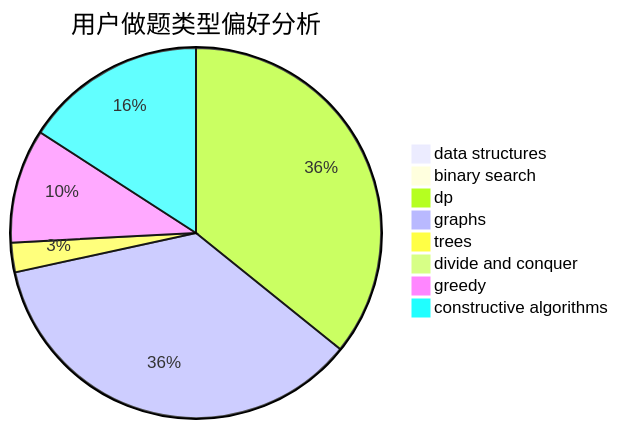
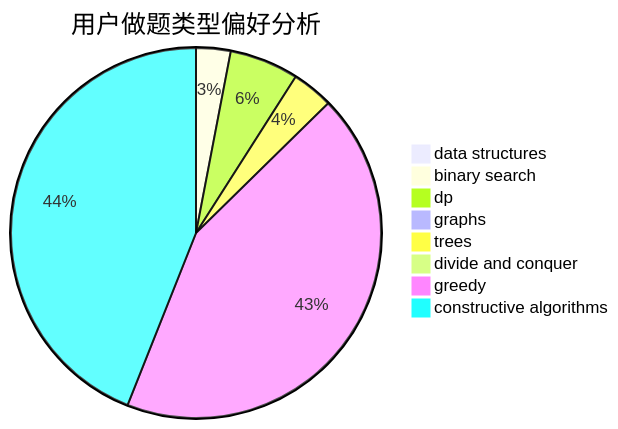
One commit to sherpahu/cfrs.github.io changed the second of 3 diagrams in docs/user/u1856.md. Above: the diagram before and after it, drawn with Mermaid. The commit also changed other lines of this file and 2770 other files, not shown here.

````diff
--- a/docs/user/u1856.md
+++ b/docs/user/u1856.md
@@ -23,11 +23,11 @@
 ```mermaid
 pie title 用户做题类型偏好分析
     "data structures" :  0
-    "binary search" :  0
-    "dp" :  97
-    "graphs" :  97
-    "trees" :  7
+    "binary search" :  5
+    "dp" :  10
+    "graphs" :  0
+    "trees" :  6
     "divide and conquer" :  0
-    "greedy" :  27
-    "constructive algorithms" :  43
+    "greedy" :  72
+    "constructive algorithms" :  73
 ```
````
